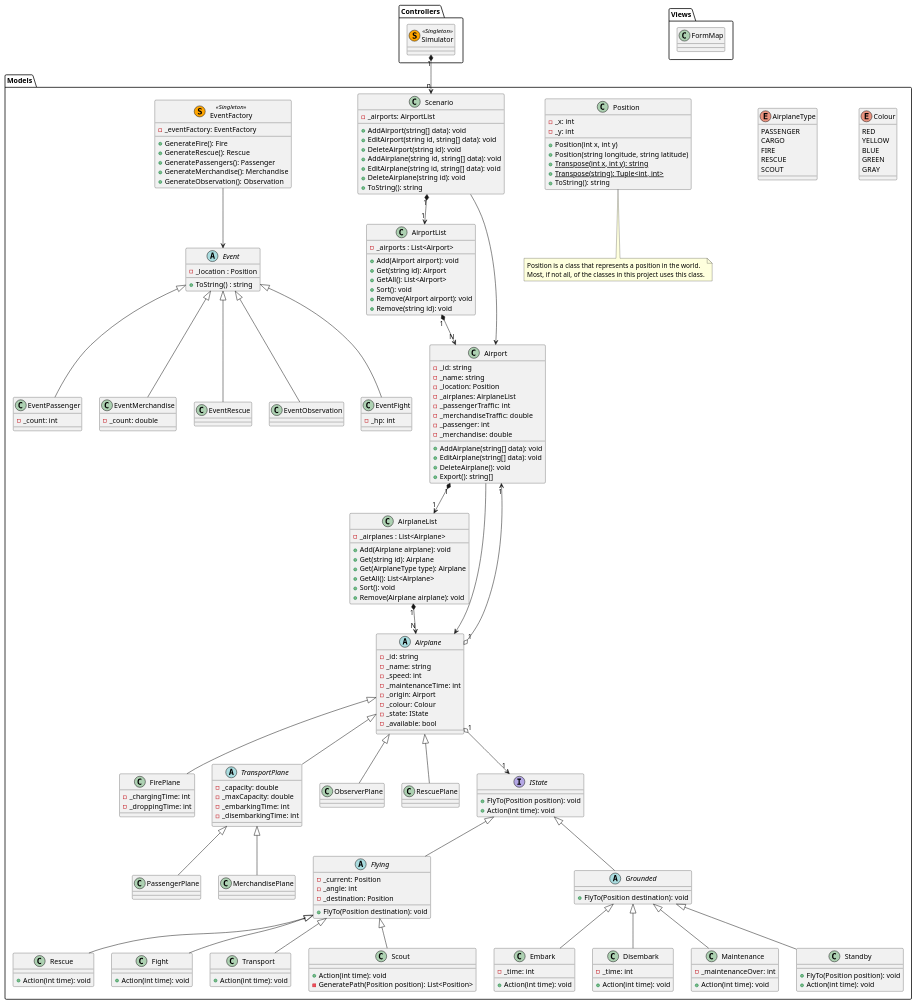
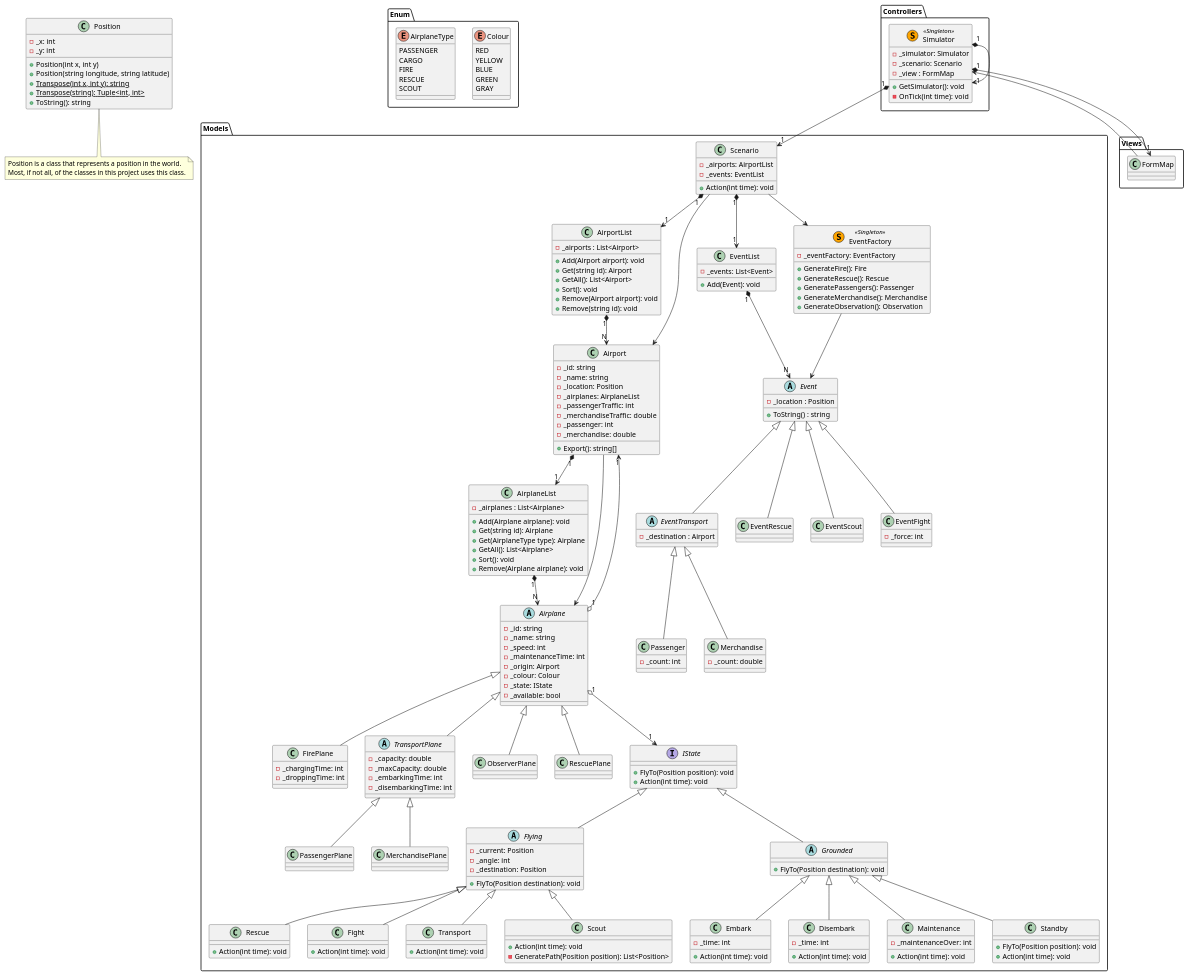
One commit to darkhappy/flightsim changed the diagram in Documentation/Diagrams/Class/Simulator.puml. Above: the diagram before and after it, drawn with PlantUML.

Commit message:
Class/Simulator: Adding events, starting to restructure

```diff
--- a/Documentation/Diagrams/Class/Simulator.puml
+++ b/Documentation/Diagrams/Class/Simulator.puml
@@ -1,6 +1,5 @@
 @startuml
-package Models {
-
+package Enum {
     ' Red = Rescue
     ' Yellow = Fires
     ' Blue = Cargo
@@ -21,37 +20,41 @@
         RESCUE
         SCOUT
     }
-    
+}
 
-    class Position {
-        - _x: int
-        - _y: int
-        + Position(int x, int y)
-        + Position(string longitude, string latitude)
-        + {static} Transpose(int x, int y): string
-        + {static} Transpose(string): Tuple<int, int>
-        + ToString(): string
-    }
-    
-    note bottom of Position
-    Position is a class that represents a position in the world.
-    Most, if not all, of the classes in this project uses this class.
-    end note
+class Position {
+    - _x: int
+    - _y: int
+    + Position(int x, int y)
+    + Position(string longitude, string latitude)
+    + {static} Transpose(int x, int y): string
+    + {static} Transpose(string): Tuple<int, int>
+    + ToString(): string
+}
 
+note bottom of Position
+Position is a class that represents a position in the world.
+Most, if not all, of the classes in this project uses this class.
+end note
+
+package Models {
     class Scenario {
         - _airports: AirportList
-        + AddAirport(string[] data): void
-        + EditAirport(string id, string[] data): void
-        + DeleteAirport(string id): void
-        + AddAirplane(string id, string[] data): void
-        + EditAirplane(string id, string[] data): void
-        + DeleteAirplane(string id): void
-        + ToString(): string
+        - _events: EventList
+        + Action(int time): void
     }
 
     Scenario "1" *--> "1" AirportList
     Scenario --> Airport
     AirportList "1" *--> "N" Airport
+    
+    class EventList {
+        - _events: List<Event>
+        + Add(Event): void
+    }
+    
+    Scenario "1" *--> "1" EventList
+    EventList "1" *--> "N" Event
     
     class AirportList {
         - _airports : List<Airport>
@@ -73,9 +76,6 @@
         - _merchandiseTraffic: double
         - _passenger: int
         - _merchandise: double
-        + AddAirplane(string[] data): void
-        + EditAirplane(string[] data): void
-        + DeleteAirplane(): void
         + Export(): string[]
     }
     
@@ -119,7 +119,6 @@
     class MerchandisePlane extends TransportPlane {}
     class ObserverPlane extends Airplane{}
     class RescuePlane extends Airplane{}
-   
     interface IState {
         + FlyTo(Position position): void
         + Action(int time): void
@@ -163,46 +162,55 @@
         + FlyTo(Position position): void
         + Action(int time): void
     }
+    
     Airplane "1" o--> "1" IState
 
-class EventFactory << (S,orange) Singleton>> {
-    - _eventFactory: EventFactory
-    + GenerateFire(): Fire
-    + GenerateRescue(): Rescue
-    + GeneratePassengers(): Passenger
-    + GenerateMerchandise(): Merchandise
-    + GenerateObservation(): Observation
-}
+    class EventFactory << (S,orange) Singleton>> {
+        - _eventFactory: EventFactory
+        + GenerateFire(): Fire
+        + GenerateRescue(): Rescue
+        + GeneratePassengers(): Passenger
+        + GenerateMerchandise(): Merchandise
+        + GenerateObservation(): Observation
+    }
 
-EventFactory --> Event
+    EventFactory --> Event
 
-abstract class Event {
-    - _location : Position
-    + ToString() : string
-}
+    abstract class Event {
+        - _location : Position
+        + ToString() : string
+    }
 
-class EventPassenger extends Event {
-    - _count: int
-}
+    abstract class EventTransport extends Event {
+        - _destination : Airport
+    }
 
-class EventMerchandise extends Event {
-    - _count: double
-}
+    class Passenger extends EventTransport {
+        - _count: int
+    }
 
-class EventRescue extends Event {
-}
+    class Merchandise extends EventTransport {
+        - _count: double
+    }
 
-class EventObservation extends Event {
-}
+    class EventRescue extends Event {
+    }
 
-class EventFight extends Event {
-    - _hp: int
-}
+    class EventScout extends Event {
+    }
 
+    class EventFight extends Event {
+        - _force: int
+    }
 }
 
 package Controllers {
     class Simulator << (S,orange) Singleton>> {
+        - _simulator: Simulator
+        - _scenario: Scenario
+        - _view : FormMap
+        + GetSimulator(): void
+        - OnTick(int time): void
     }
 }
 
@@ -211,5 +219,9 @@
     }
 }
 
-Simulator "1" *--> "n" Scenario
+Simulator "1" *--> "1" Scenario
+Simulator "1" *--> "1" Simulator
+Simulator "1" *--> "1" FormMap
+Scenario --> EventFactory
+FormMap --> Simulator
 @enduml
```
